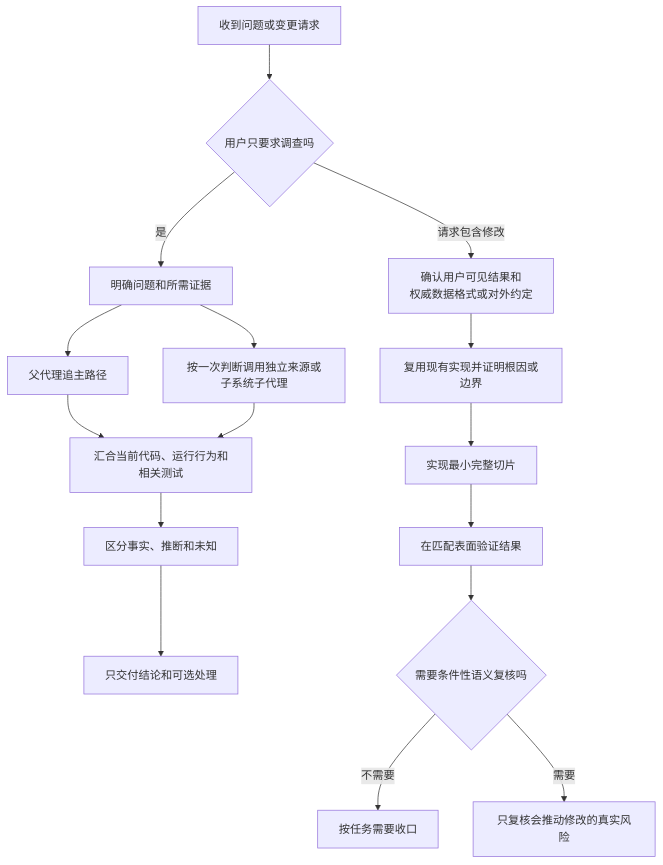
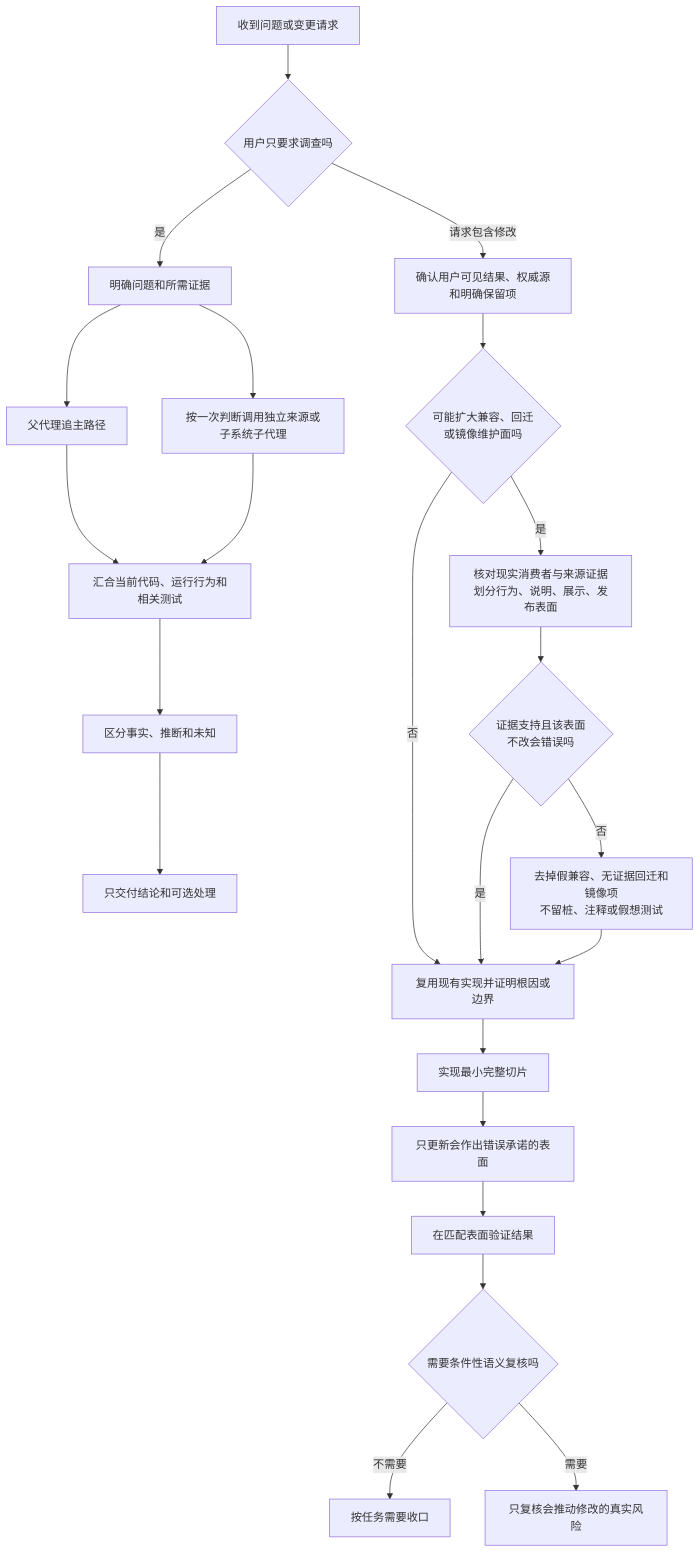
One commit to Lang45/codex-lean-stack changed the sixth of 13 diagrams in skills/lean-stack/references/flowcharts-zh.md. Above: the diagram before and after it, drawn with Mermaid. The commit also changed other lines of this file and 14 other files, not shown here.

````diff
--- a/skills/lean-stack/references/flowcharts-zh.md
+++ b/skills/lean-stack/references/flowcharts-zh.md
@@ -411,18 +411,25 @@
 ```mermaid
 flowchart TD
     A[收到问题或变更请求] --> B{用户只要求调查吗}
     B -->|是| C[明确问题和所需证据]
     C --> D[父代理追主路径]
     C --> E[按一次判断调用独立来源或子系统子代理]
     D --> F[汇合当前代码、运行行为和相关测试]
     E --> F
     F --> G[区分事实、推断和未知]
     G --> H[只交付结论和可选处理]
-    B -->|请求包含修改| I[确认用户可见结果和<br/>权威数据格式或对外约定]
-    I --> J[复用现有实现并证明根因或边界]
+    B -->|请求包含修改| I[确认用户可见结果、权威源<br/>和明确保留项]
+    I --> I2{可能扩大兼容、回迁<br/>或镜像维护面吗}
+    I2 -->|否| J[复用现有实现并证明根因或边界]
+    I2 -->|是| I3[核对现实消费者与来源证据<br/>划分行为、说明、展示、发布表面]
+    I3 --> I4{证据支持且该表面<br/>不改会错误吗}
+    I4 -->|否| I5[去掉假兼容、无证据回迁和镜像项<br/>不留桩、注释或假想测试]
+    I4 -->|是| J
+    I5 --> J
     J --> K[实现最小完整切片]
-    K --> L[在匹配表面验证结果]
+    K --> K2[只更新会作出错误承诺的表面]
+    K2 --> L[在匹配表面验证结果]
     L --> M{需要条件性语义复核吗}
     M -->|不需要| N[按任务需要收口]
     M -->|需要| O[只复核会推动修改的真实风险]
 ```
````
